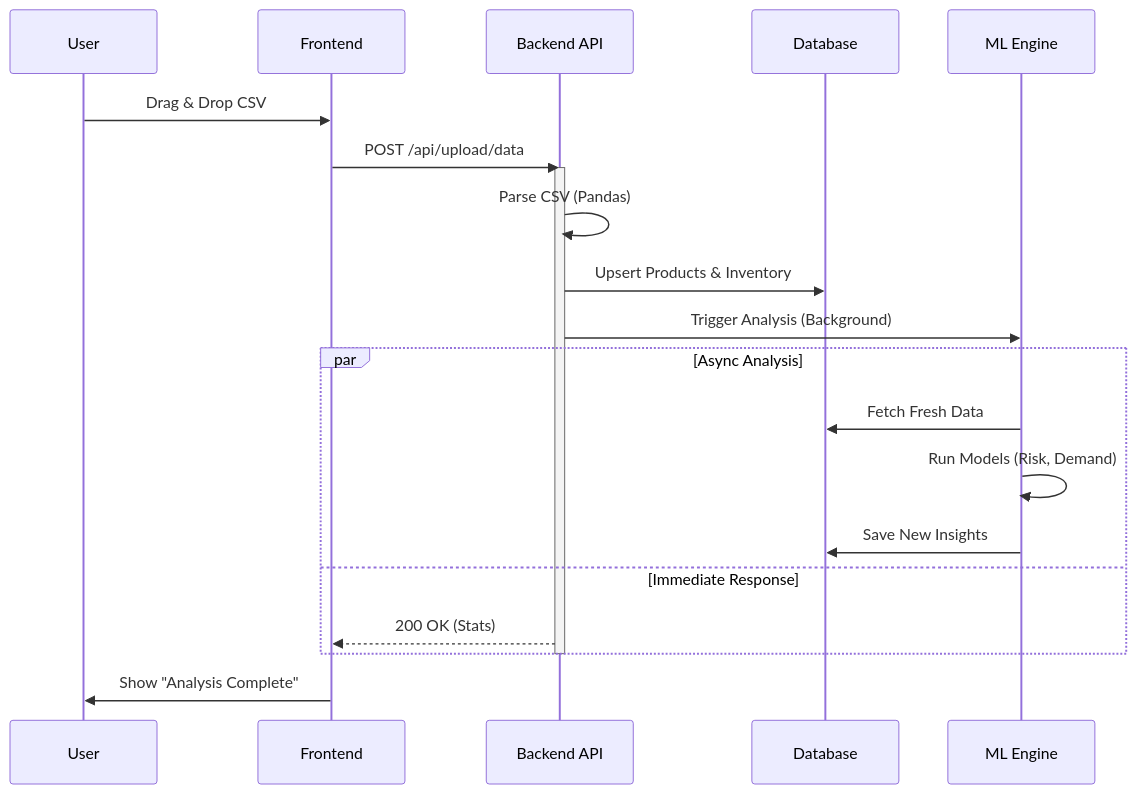
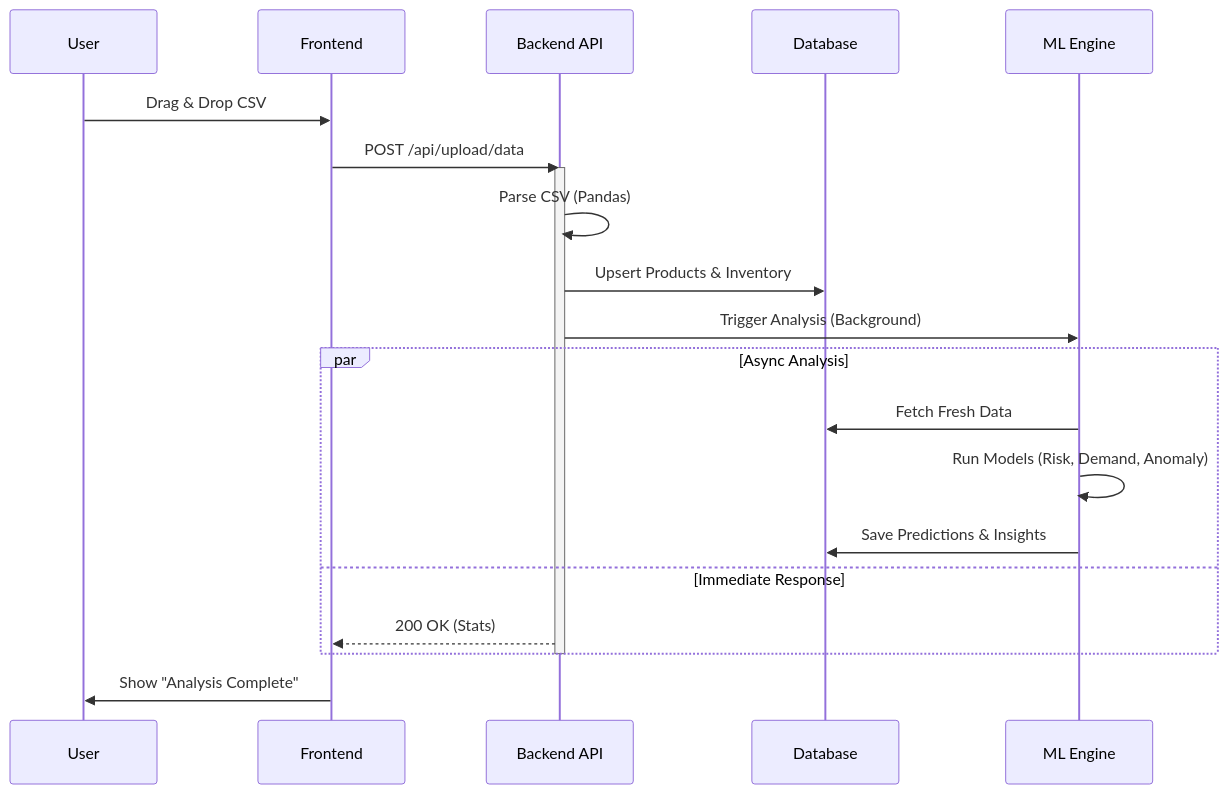
One commit to adityasync/ChainPilotAi changed the fifth of 7 diagrams in docs/architecture.md. Above: the diagram before and after it, drawn with Mermaid. The commit also changed other lines of this file and 21 other files, not shown here.

````diff
--- a/docs/architecture.md
+++ b/docs/architecture.md
@@ -98,26 +262,26 @@
 ```mermaid
 sequenceDiagram
     participant U as User
     participant FE as Frontend
     participant API as Backend API
     participant DB as Database
     participant ML as ML Engine
 
     U->>FE: Drag & Drop CSV
     FE->>API: POST /api/upload/data
     activate API
     API->>API: Parse CSV (Pandas)
     API->>DB: Upsert Products & Inventory
     API->>ML: Trigger Analysis (Background)
     
     par Async Analysis
         ML->>DB: Fetch Fresh Data
-        ML->>ML: Run Models (Risk, Demand)
-        ML->>DB: Save New Insights
+        ML->>ML: Run Models (Risk, Demand, Anomaly)
+        ML->>DB: Save Predictions & Insights
     and Immediate Response
         API-->>FE: 200 OK (Stats)
     end
     deactivate API
     
     FE->>U: Show "Analysis Complete"
 ```
````
